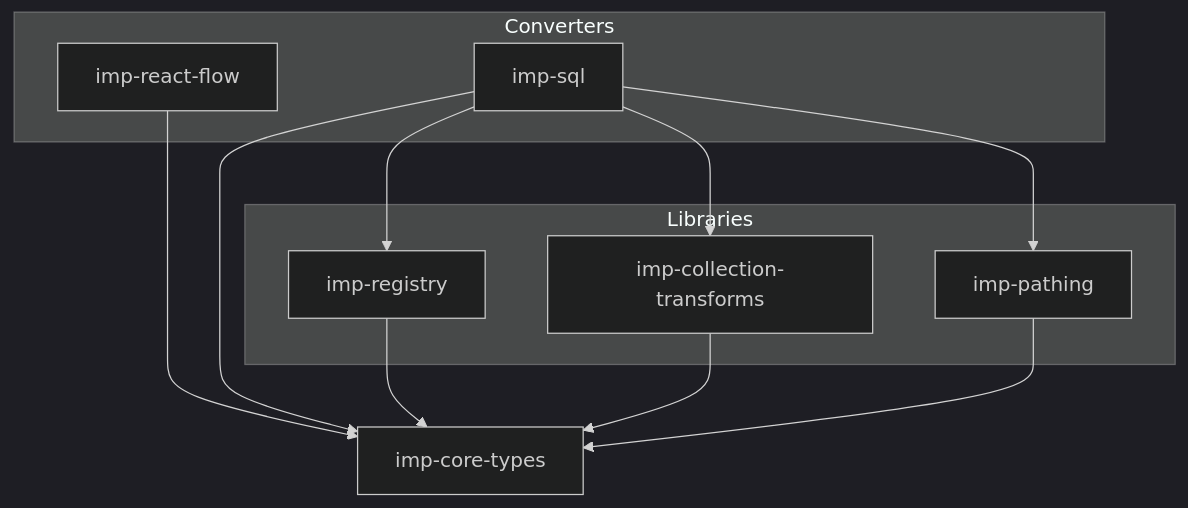
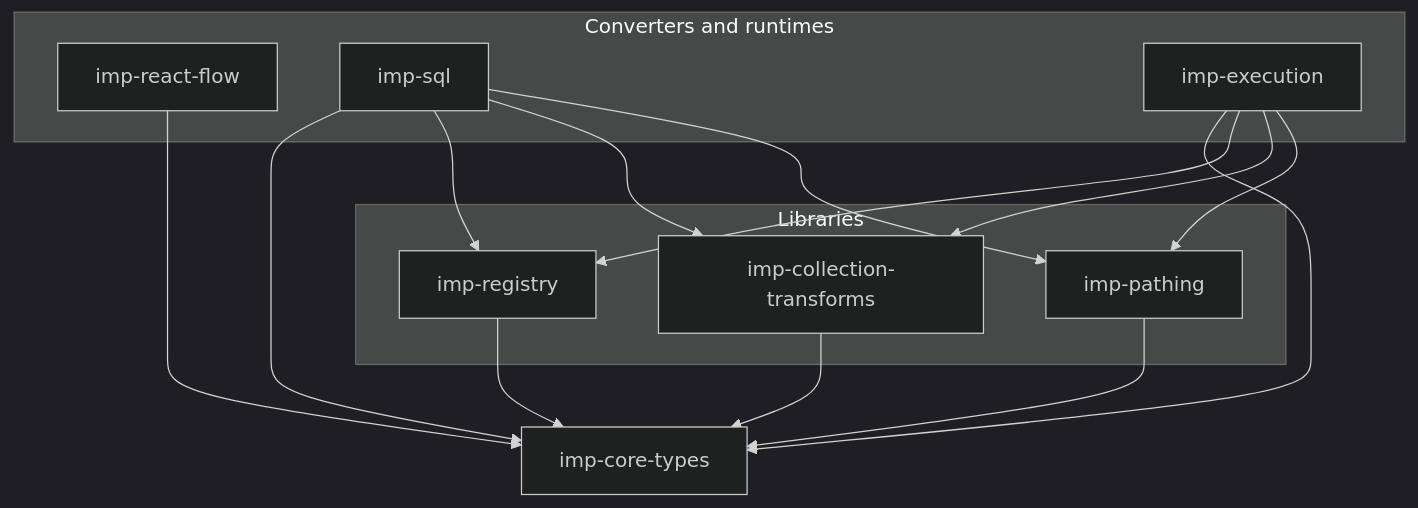
The diagram in packages/README.md (silentorb/imp-ts), drawn with Mermaid (dark theme) before and after one commit. The commit also changed other lines of this file and 39 other files, not shown here.

Commit message:
Move language-neutral specs to imp-spec; keep TypeScript binding notes in package AGENTS files.

````diff
--- a/packages/README.md
+++ b/packages/README.md
@@ -12,25 +15,30 @@
 ```mermaid
 flowchart TB
   SPEC[imp-core-types]
 
   subgraph libraries [Libraries]
     REG[imp-registry]
     CT[imp-collection-transforms]
     PATH[imp-pathing]
   end
 
   REG --> SPEC
   CT --> SPEC
   PATH --> SPEC
 
-  subgraph converters [Converters]
+  subgraph converters [Converters and runtimes]
     RF[imp-react-flow]
     SQL[imp-sql]
+    EXEC[imp-execution]
   end
 
   RF --> SPEC
   SQL --> SPEC
   SQL --> REG
   SQL --> CT
   SQL --> PATH
+  EXEC --> SPEC
+  EXEC --> REG
+  EXEC --> CT
+  EXEC --> PATH
 ```
````
